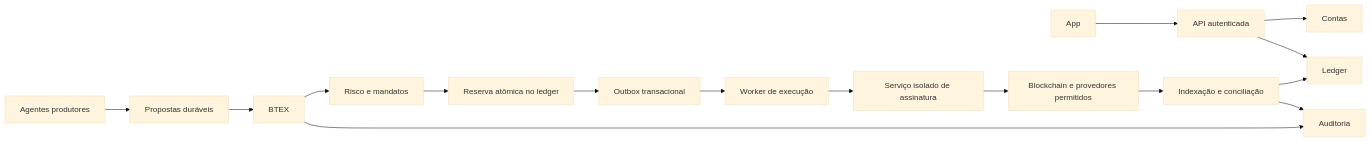
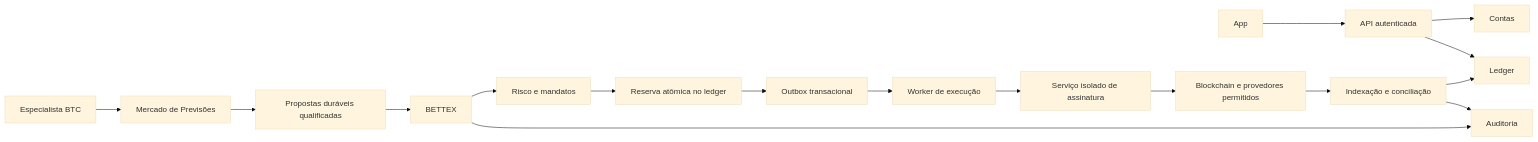
Before and after one commit to faranha/bettex: the diagram in docs/architecture/README.md, drawn with Mermaid (base theme). The commit also changed other lines of this file and 461 other files, not shown here.

````diff
--- a/docs/architecture/README.md
+++ b/docs/architecture/README.md
@@ -17,18 +17,19 @@
 ```mermaid
 flowchart LR
   UI[App] --> API[API autenticada]
   API --> Accounts[Contas]
   API --> Ledger[Ledger]
-  Agents[Agentes produtores] --> Proposals[Propostas duráveis]
-  Proposals --> BTEX[BTEX]
+  BTC[Especialista BTC] --> Market[Mercado de Previsões]
+  Market --> Proposals[Propostas duráveis qualificadas]
+  Proposals --> BTEX[BETTEX]
   BTEX --> Risk[Risco e mandatos]
   Risk --> Reserve[Reserva atômica no ledger]
   Reserve --> Outbox[Outbox transacional]
   Outbox --> Execute[Worker de execução]
   Execute --> Sign[Serviço isolado de assinatura]
   Sign --> Providers[Blockchain e provedores permitidos]
   Providers --> Reconcile[Indexação e conciliação]
   Reconcile --> Ledger
   BTEX --> Audit[Auditoria]
   Reconcile --> Audit
 ```
````
